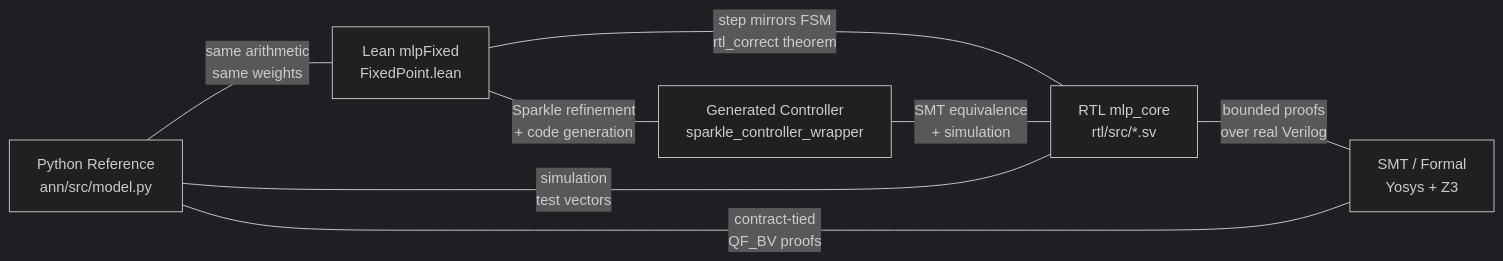
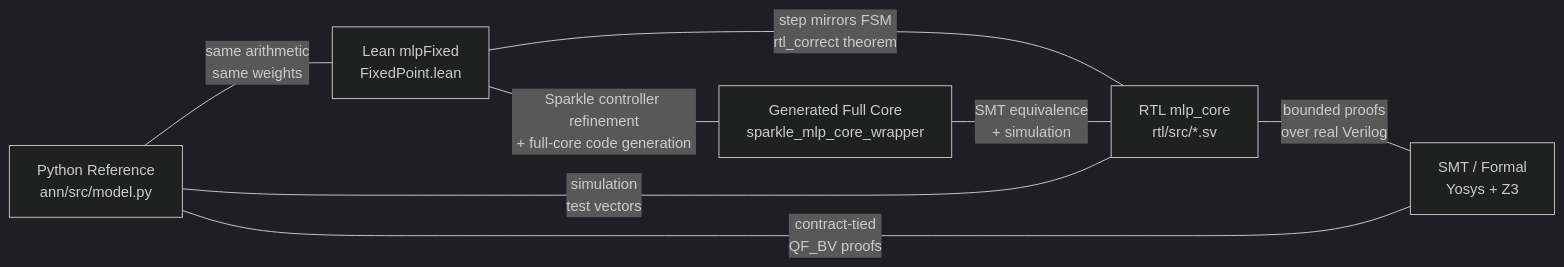
The seventh of 7 diagrams in docs/from-ann-to-proven-hardware.md (dfdgsdfg/ann-rtl-lean-poc), drawn with Mermaid (dark theme) before and after one commit. The commit also changed other lines of this file and 32 other files, not shown here.

````diff
--- a/docs/from-ann-to-proven-hardware.md
+++ b/docs/from-ann-to-proven-hardware.md
@@ -582,10 +567,10 @@
 ```mermaid
 graph LR
     PY["Python Reference<br/>ann/src/model.py"] ---|"same arithmetic<br/>same weights"| LEAN["Lean mlpFixed<br/>FixedPoint.lean"]
     LEAN ---|"step mirrors FSM<br/>rtl_correct theorem"| RTL["RTL mlp_core<br/>rtl/src/*.sv"]
-    LEAN ---|"Sparkle refinement<br/>+ code generation"| GEN["Generated Controller<br/>sparkle_controller_wrapper"]
+    LEAN ---|"Sparkle controller refinement<br/>+ full-core code generation"| GEN["Generated Full Core<br/>sparkle_mlp_core_wrapper"]
     RTL ---|"simulation<br/>test vectors"| PY
     RTL ---|"bounded proofs<br/>over real Verilog"| SMT["SMT / Formal<br/>Yosys + Z3"]
     SMT ---|"contract-tied<br/>QF_BV proofs"| PY
     GEN ---|"SMT equivalence<br/>+ simulation"| RTL
 ```
````
